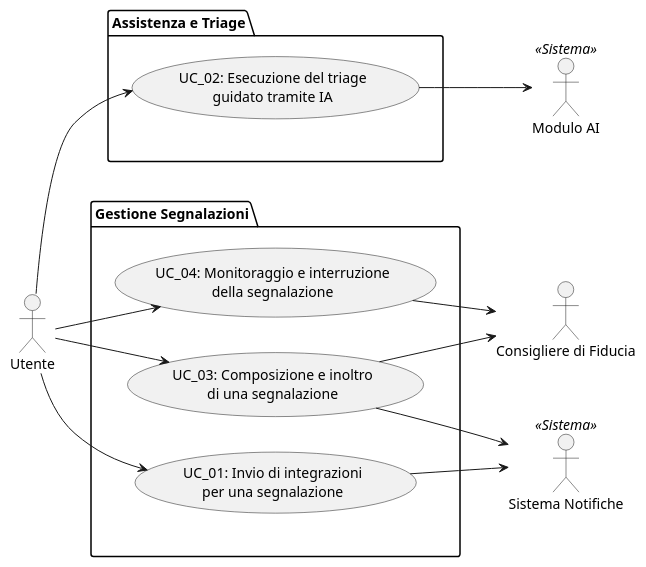
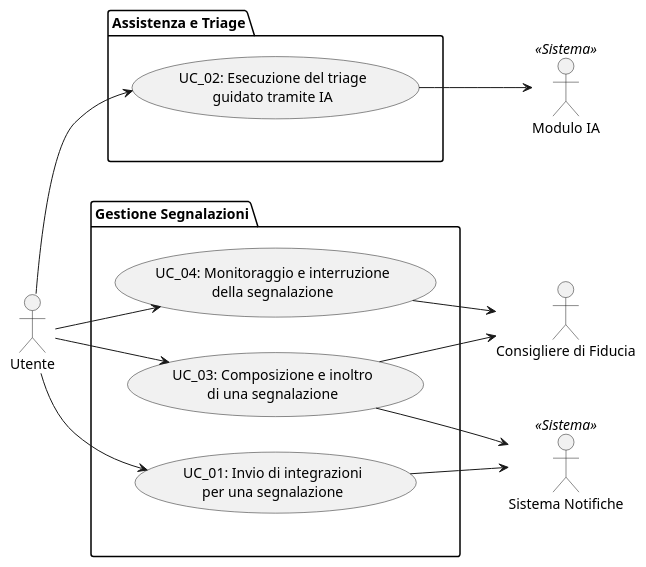
One commit to pharos-oss/pharos changed the diagram in docs/models/use_cases/UCD_01_Utente.puml. Above: the diagram before and after it, drawn with PlantUML. The commit also changed 12 other files, not shown here.

Commit message:
fix: corretti incongruenze logiche degli scenari e casi d'uso, aggiunti metodi mancanti al diagramma delle classi

```diff
--- a/docs/models/use_cases/UCD_01_Utente.puml
+++ b/docs/models/use_cases/UCD_01_Utente.puml
@@ -1,36 +1,36 @@
 @startuml
 left to right direction
 
 actor "Utente" as utente
 
-actor "Modulo AI" as ai <<Sistema>>
+actor "Modulo IA" as ia <<Sistema>>
 actor "Consigliere di Fiducia" as cf
 actor "Sistema Notifiche" as sys <<Sistema>>
 
 package "Assistenza e Triage" as p1 {
     usecase "UC_02: Esecuzione del triage\nguidato tramite IA" as uc02
 }
 
 package "Gestione Segnalazioni" as p2 {
     usecase "UC_03: Composizione e inoltro\ndi una segnalazione" as uc03
     usecase "UC_01: Invio di integrazioni\nper una segnalazione" as uc01
     usecase "UC_04: Monitoraggio e interruzione\ndella segnalazione" as uc04
 }
 
 p1 -[hidden]> p2
 
 utente --> uc02
 utente --> uc04
 utente --> uc03
 utente --> uc01
 
-uc02 --> ai
+uc02 --> ia
 
 uc04 --> cf
 
 uc03 --> cf
 uc03 --> sys
 
 uc01 --> sys
 
 @enduml
```
